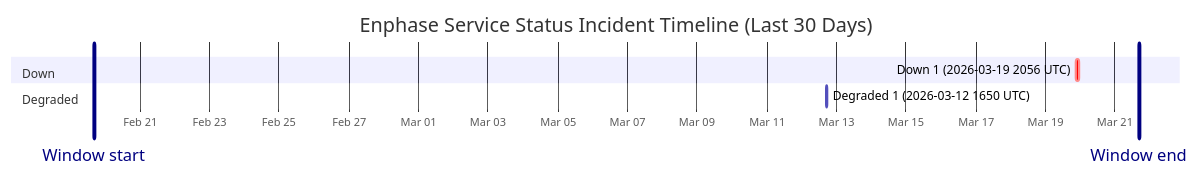
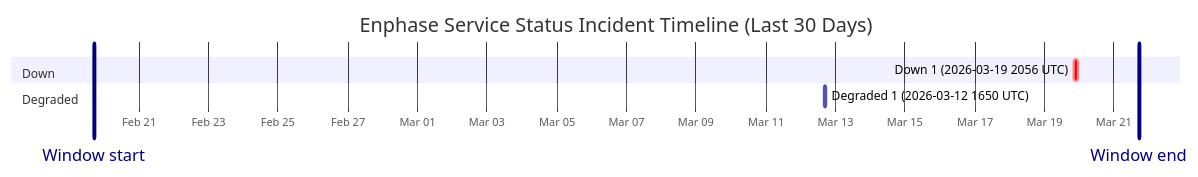
The diagram in wiki/Service-Status-History.md (barneyonline/ha-enphase-ev-charger), drawn with Mermaid before and after one commit. The commit also changed other lines of this file and 3 other files, not shown here.

````diff
--- a/wiki/Service-Status-History.md
+++ b/wiki/Service-Status-History.md
@@ -14,12 +14,12 @@
 ```mermaid
 gantt
     title Enphase Service Status Incident Timeline (Last 30 Days)
     dateFormat  YYYY-MM-DDTHH:mm:ss
     axisFormat  %b %d
-    Window start :vert, window-start, 2026-02-19T16:18:17, 0ms
-    Window end :vert, window-end, 2026-03-21T16:18:17, 0ms
+    Window start :vert, window-start, 2026-02-19T17:18:04, 0ms
+    Window end :vert, window-end, 2026-03-21T17:18:04, 0ms
     section Down
     Down 1 (2026-03-19 2056 UTC) :crit, down-1, 2026-03-19T20:56:20, 145m
     section Degraded
     Degraded 1 (2026-03-12 1650 UTC) :active, degraded-1, 2026-03-12T16:50:43, 60m
 ```
````
